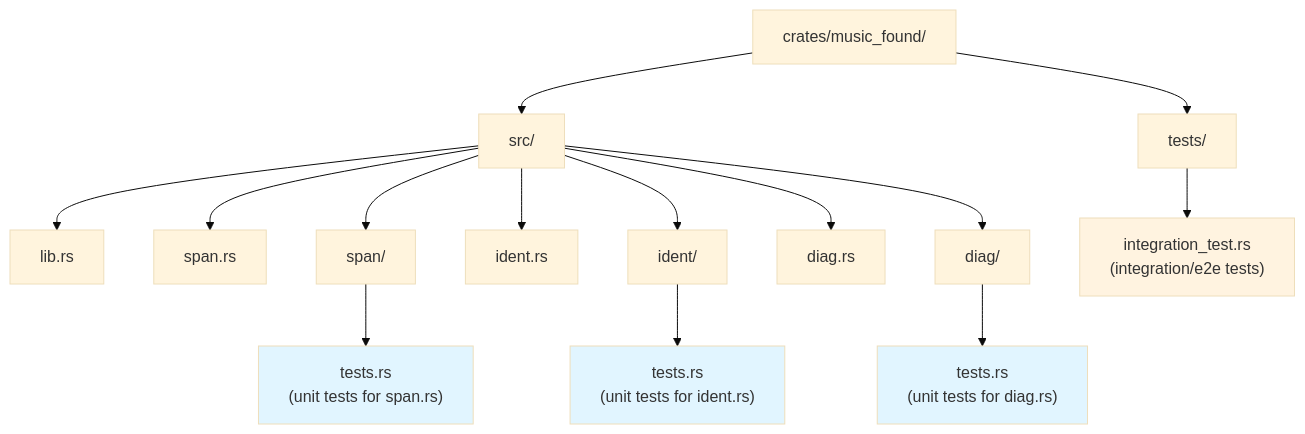
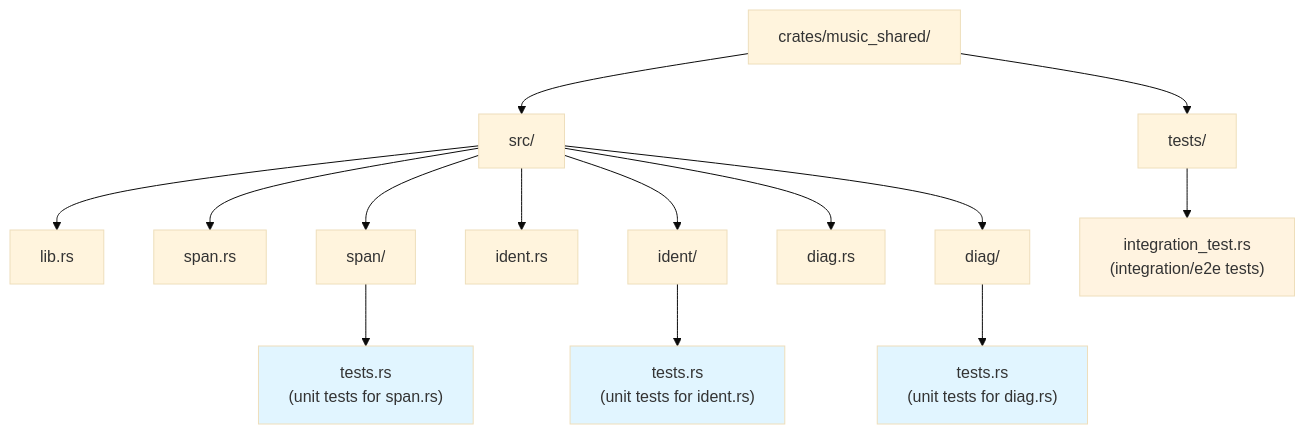
The diagram in CLAUDE.md (musi-lang/musi), drawn with Mermaid (base theme) before and after one commit. The commit also changed other lines of this file and 87 other files, not shown here.

Commit message:
rename music_found to music_shared

````diff
--- a/CLAUDE.md
+++ b/CLAUDE.md
@@ -74,21 +74,21 @@
 ```mermaid
 graph TD
-    A["crates/music_found/"] --> B["src/"]
+    A["crates/music_shared/"] --> B["src/"]
     A --> C["tests/"]
     B --> D["lib.rs"]
     B --> E["span.rs"]
     B --> F["span/"]
     B --> G["ident.rs"]
     B --> H["ident/"]
     B --> I["diag.rs"]
     B --> J["diag/"]
     F --> K["tests.rs<br/>(unit tests for span.rs)"]
     H --> L["tests.rs<br/>(unit tests for ident.rs)"]
     J --> M["tests.rs<br/>(unit tests for diag.rs)"]
     C --> N["integration_test.rs<br/>(integration/e2e tests)"]
 
     style K fill:#e1f5ff
     style L fill:#e1f5ff
     style M fill:#e1f5ff
     style N fill:#fff3e0
 ```
````
